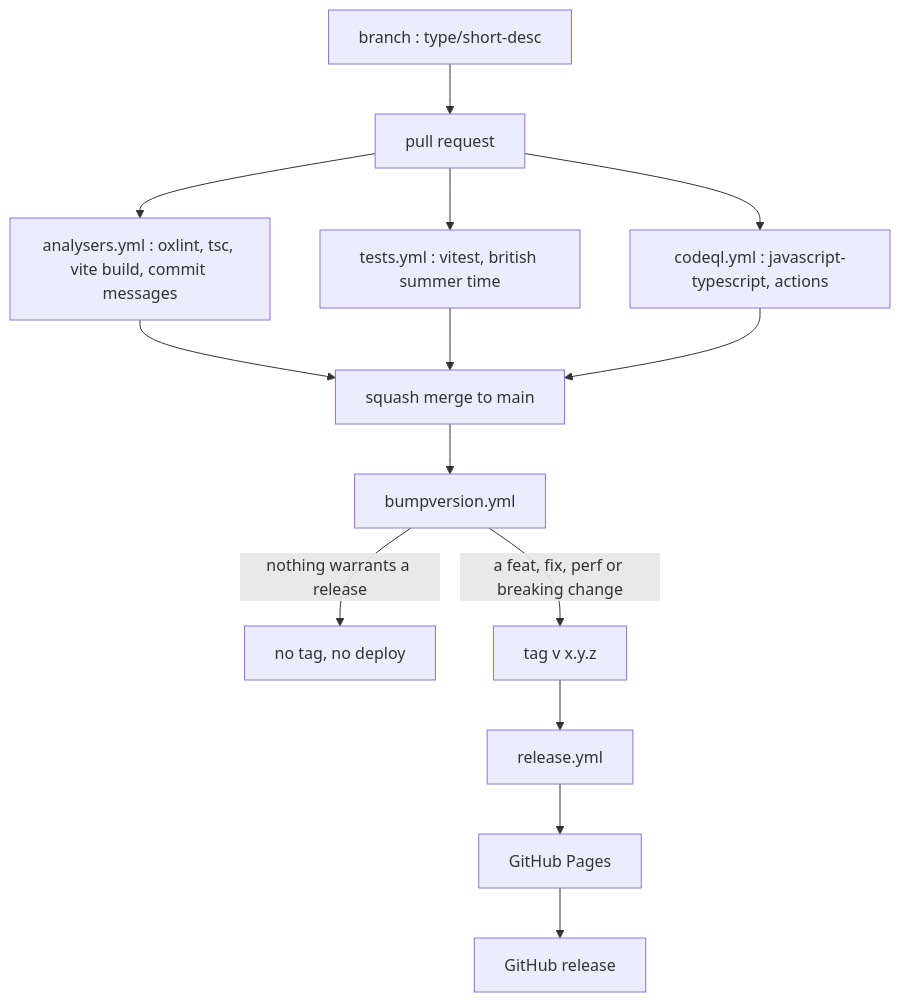
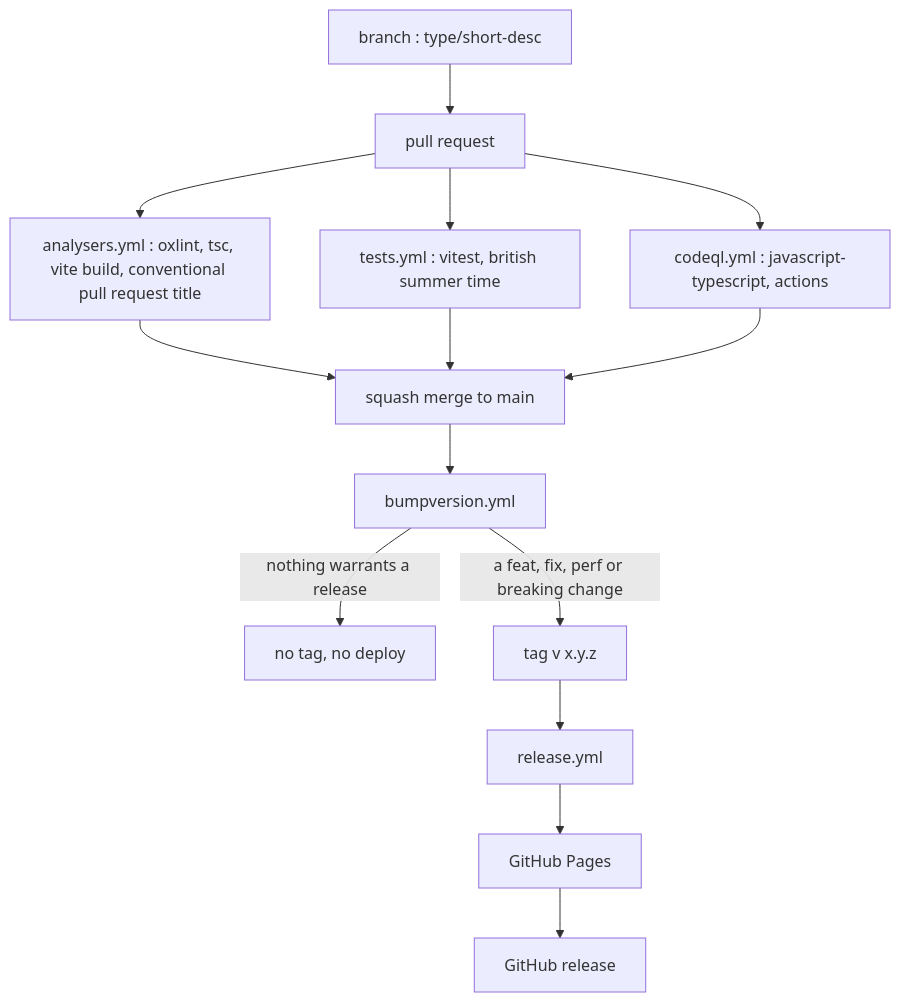
One commit to coolhandle01/telly changed the first of 2 diagrams in docs/architecture/release-process.md. Above: the diagram before and after it, drawn with Mermaid. The commit also changed other lines of this file and 1 other file, not shown here.

````diff
--- a/docs/architecture/release-process.md
+++ b/docs/architecture/release-process.md
@@ -8,16 +8,16 @@
 ```mermaid
 flowchart TB
   branch["branch : type/short-desc"] --> pr["pull request"]
-  pr --> analysers["analysers.yml : oxlint, tsc, vite build, commit messages"]
+  pr --> analysers["analysers.yml : oxlint, tsc, vite build, conventional pull request title"]
   pr --> tests["tests.yml : vitest, british summer time"]
   pr --> codeql["codeql.yml : javascript-typescript, actions"]
   analysers --> merge["squash merge to main"]
   tests --> merge
   codeql --> merge
   merge --> bump["bumpversion.yml"]
   bump -->|"nothing warrants a release"| stop["no tag, no deploy"]
   bump -->|"a feat, fix, perf or breaking change"| tag["tag v x.y.z"]
   tag --> release["release.yml"]
   release --> pages["GitHub Pages"]
   pages --> ghrelease["GitHub release"]
 ```
````
